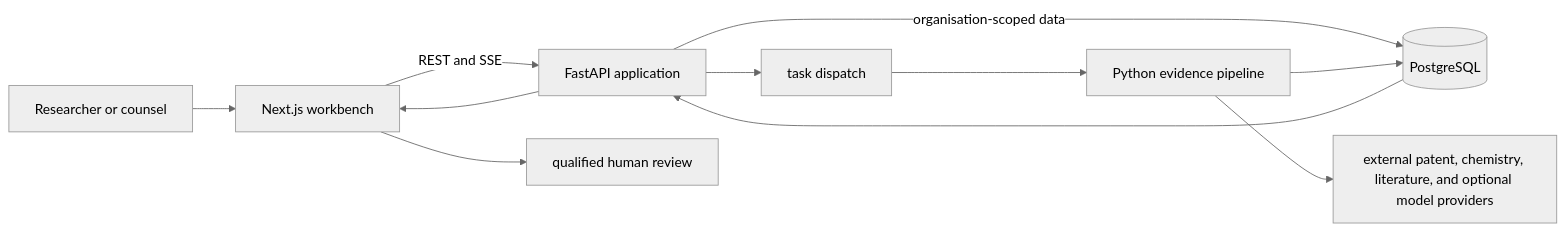
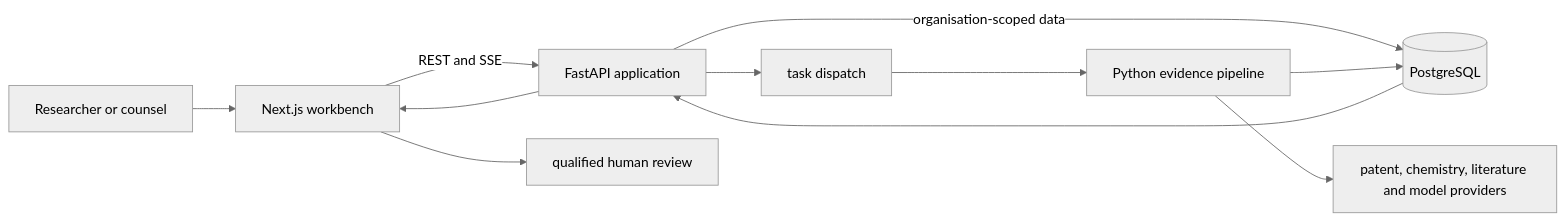
The second of 2 diagrams in README.md (Peter-McCann-Strain/praviar-open-source), drawn with Mermaid (neutral theme) before and after one commit. The commit also changed other lines of this file and 44 other files, not shown here.

````diff
--- a/README.md
+++ b/README.md
@@ -87,13 +218,13 @@
 ```mermaid
 flowchart LR
     U["Researcher or counsel"] --> W["Next.js workbench"]
     W -->|"REST and SSE"| A["FastAPI application"]
     A -->|"organisation-scoped data"| D[("PostgreSQL")]
     A --> Q["task dispatch"]
     Q --> P["Python evidence pipeline"]
-    P --> X["external patent, chemistry, literature, and optional model providers"]
+    P --> X["patent, chemistry, literature and model providers"]
     P --> D
     D --> A
     A --> W
     W --> H["qualified human review"]
 ```
````
